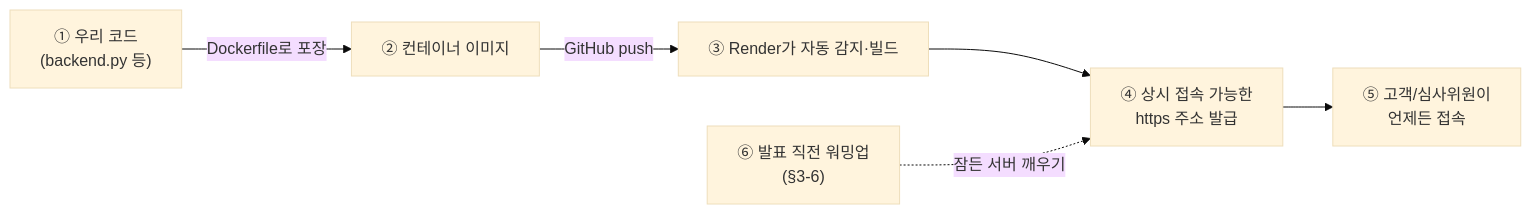
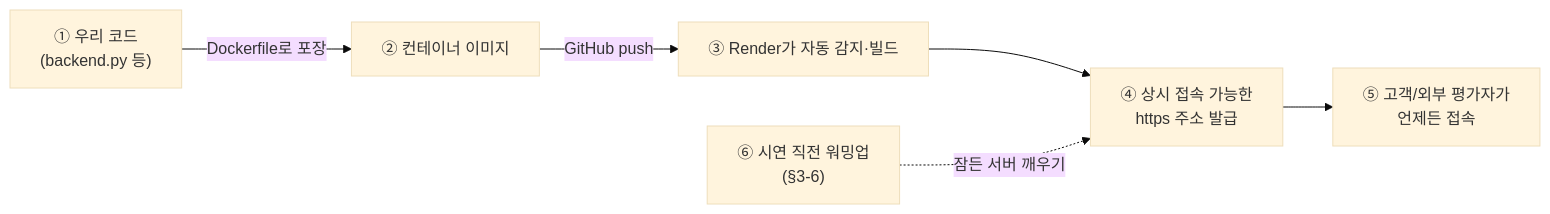
The diagram in docs/hackathon/deployment/RENDER_DEPLOY.md (kyungsikjeung/agt001), drawn with Mermaid (base theme) before and after one commit. The commit also changed other lines of this file and 76 other files, not shown here.

````diff
--- a/docs/hackathon/deployment/RENDER_DEPLOY.md
+++ b/docs/hackathon/deployment/RENDER_DEPLOY.md
@@ -37,8 +37,8 @@
 ```mermaid
 flowchart LR
     A["① 우리 코드\n(backend.py 등)"] -->|"Dockerfile로 포장"| B["② 컨테이너 이미지"]
     B -->|"GitHub push"| C["③ Render가 자동 감지·빌드"]
     C --> D["④ 상시 접속 가능한\nhttps 주소 발급"]
-    D --> E["⑤ 고객/심사위원이\n언제든 접속"]
-    F["⑥ 발표 직전 워밍업\n(§3-6)"] -.잠든 서버 깨우기.-> D
+    D --> E["⑤ 고객/외부 평가자가\n언제든 접속"]
+    F["⑥ 시연 직전 워밍업\n(§3-6)"] -.잠든 서버 깨우기.-> D
 ```
````
